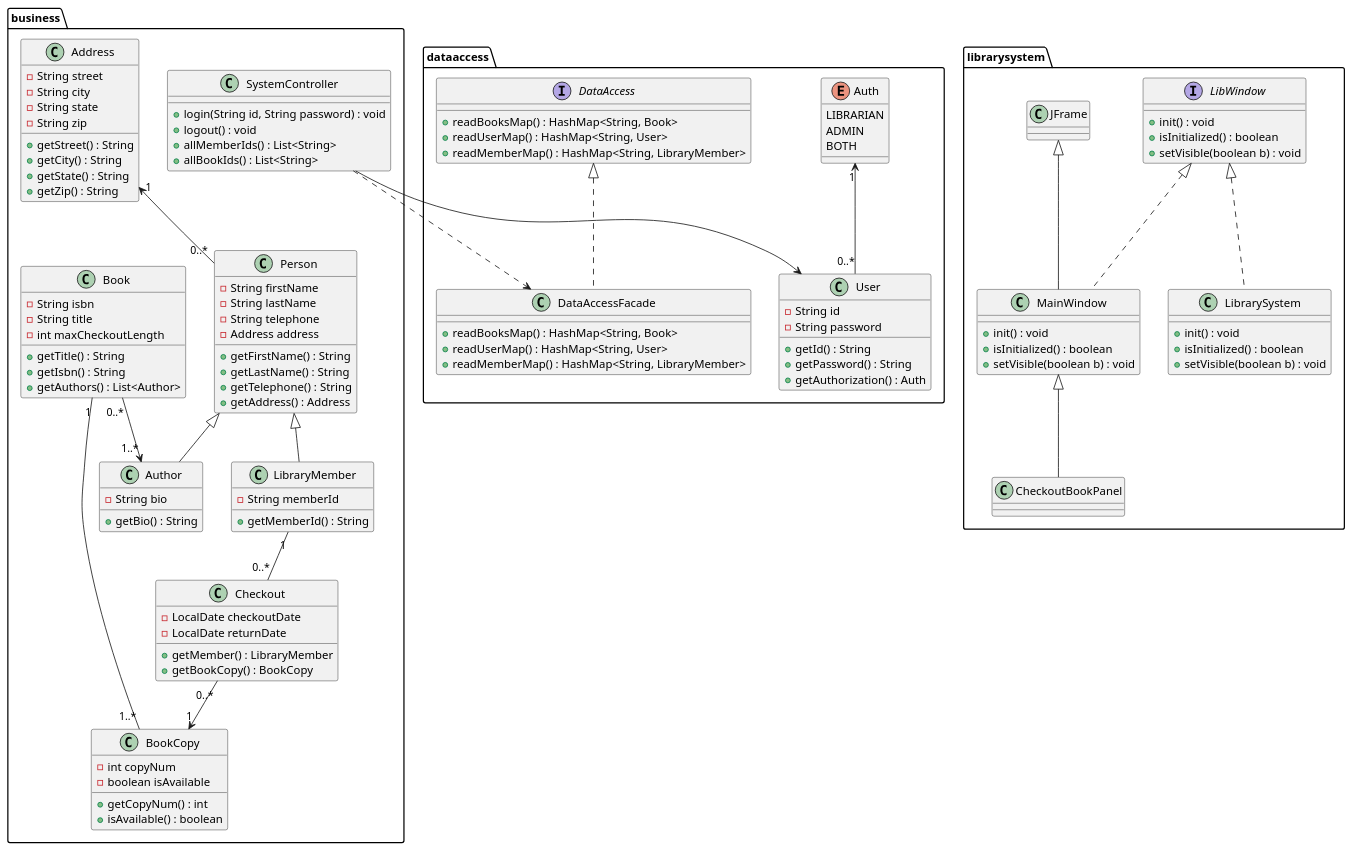
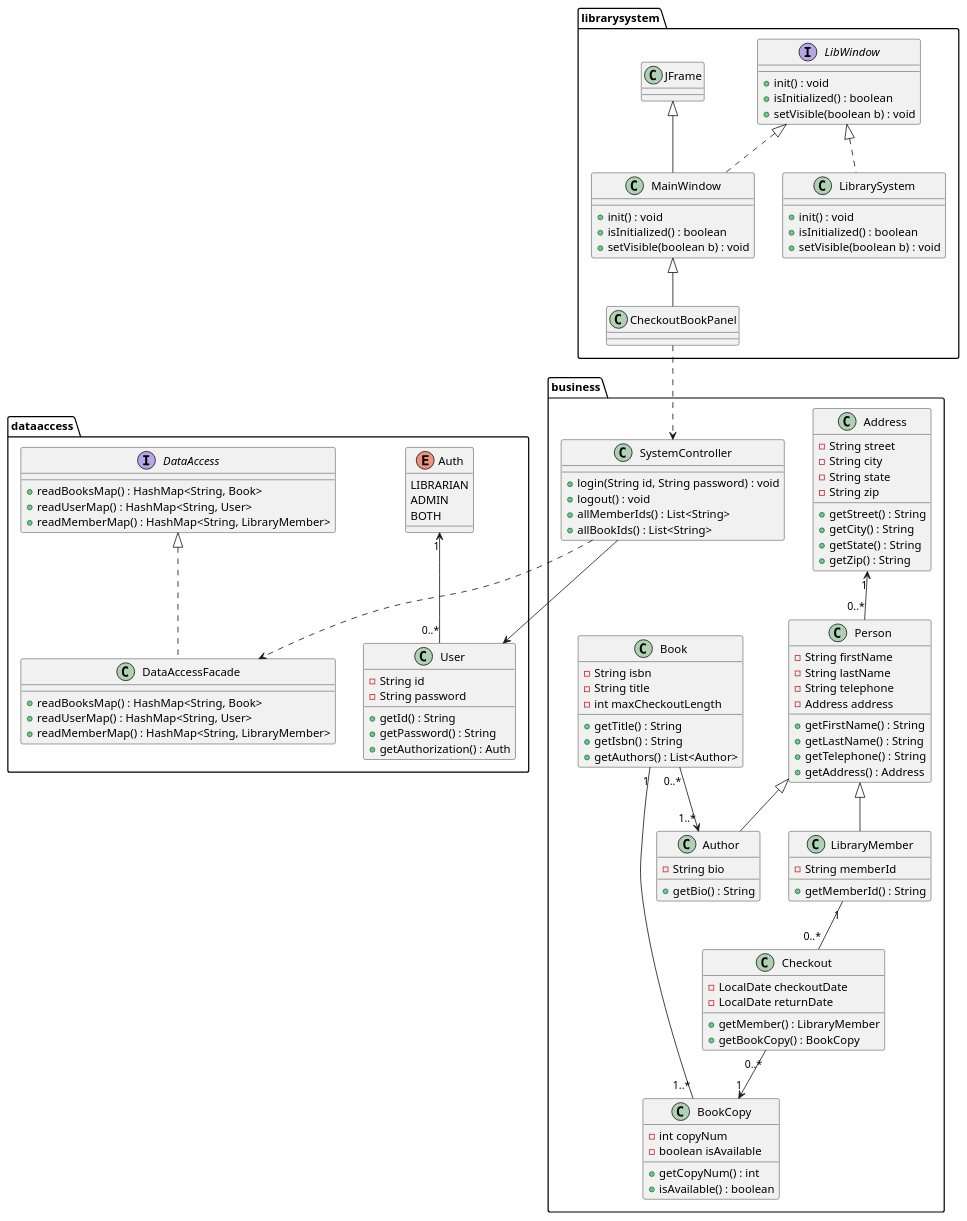
Before and after one commit to mohammed-almassri/LibraryGroupD: the diagram in src/uml/class_diagram.puml, drawn with PlantUML.

Commit message:
class diagram

```diff
--- a/src/uml/class_diagram.puml
+++ b/src/uml/class_diagram.puml
@@ -1,128 +1,129 @@
 @startuml
 
 package business {
   class Address {
    - String street
    - String city
    - String state
    - String zip
    + getStreet() : String
    + getCity() : String
    + getState() : String
    + getZip() : String
   }
 
   class Person {
    - String firstName
    - String lastName
    - String telephone
    - Address address
    + getFirstName() : String
    + getLastName() : String
    + getTelephone() : String
    + getAddress() : Address
   }
 
   class Author extends Person {
    - String bio
    + getBio() : String
   }
 
   class Book {
    - String isbn
    - String title
    - int maxCheckoutLength
    + getTitle() : String
    + getIsbn() : String
    + getAuthors() : List<Author>
   }
 
   class BookCopy {
    - int copyNum
    - boolean isAvailable
    + getCopyNum() : int
    + isAvailable() : boolean
   }
 
   class LibraryMember extends Person {
    - String memberId
    + getMemberId() : String
   }
 
   class Checkout {
    - LocalDate checkoutDate
    - LocalDate returnDate
    + getMember() : LibraryMember
    + getBookCopy() : BookCopy
   }
 
   class SystemController {
    + login(String id, String password) : void
    + logout() : void
    + allMemberIds() : List<String>
    + allBookIds() : List<String>
   }
 }
 
 package dataaccess {
   enum Auth {
    LIBRARIAN
    ADMIN
    BOTH
   }
 
   class User {
    - String id
    - String password
    + getId() : String
    + getPassword() : String
    + getAuthorization() : Auth
   }
 
   interface DataAccess {
    + readBooksMap() : HashMap<String, Book>
    + readUserMap() : HashMap<String, User>
    + readMemberMap() : HashMap<String, LibraryMember>
   }
 
   class DataAccessFacade implements DataAccess {
    + readBooksMap() : HashMap<String, Book>
    + readUserMap() : HashMap<String, User>
    + readMemberMap() : HashMap<String, LibraryMember>
   }
 }
 
 package librarysystem {
   interface LibWindow {
    + init() : void
    + isInitialized() : boolean
    + setVisible(boolean b) : void
   }
 
   class LibrarySystem implements LibWindow {
    + init() : void
    + isInitialized() : boolean
    + setVisible(boolean b) : void
   }
 
   class MainWindow extends JFrame implements LibWindow {
    + init() : void
    + isInitialized() : boolean
    + setVisible(boolean b) : void
   }
 
   class CheckoutBookPanel extends MainWindow {
  
   }
 }
 
 Auth "1" <-- "0..*" User
 SystemController  --> User
 Address "1" <-- "0..*" Person
 LibraryMember "1" -- "0..*" Checkout
 Book "1" -- "1..*" BookCopy
 Book "0..*" --> "1..*" Author
 Checkout "0..*" --> "1" BookCopy
 SystemController ..> DataAccessFacade
+CheckoutBookPanel ..> SystemController
 
 @enduml
```
